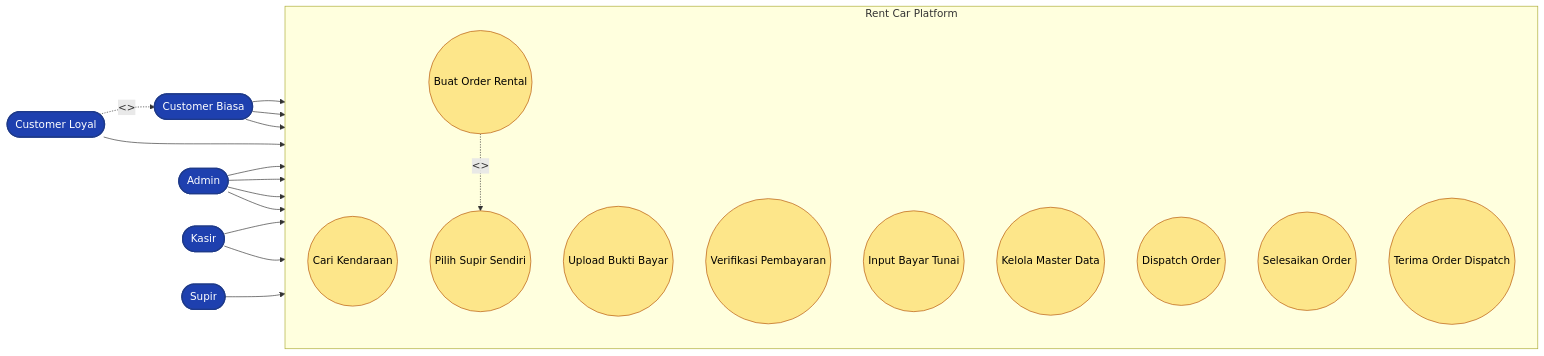
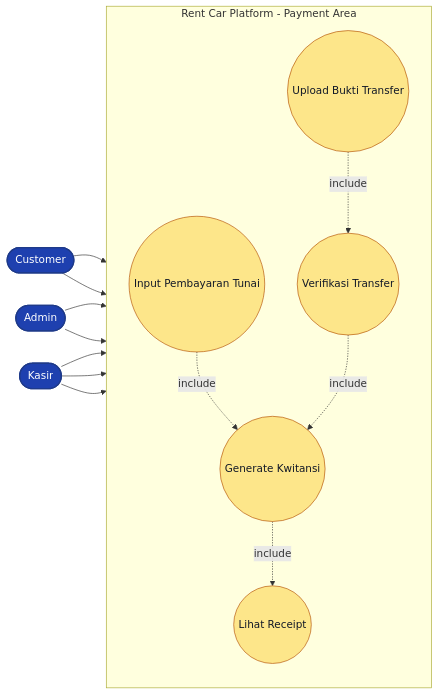
One commit to nabiilnuryassar/rent-car changed the second of 15 diagrams in docs/UML_MERMAID.md. Above: the diagram before and after it, drawn with Mermaid. The commit also changed other lines of this file and 41 other files, not shown here.

````diff
--- a/docs/UML_MERMAID.md
+++ b/docs/UML_MERMAID.md
@@ -11,44 +70,31 @@
 ```mermaid
 flowchart LR
     classDef actor fill:#1e40af,color:#fff,stroke:#1e3a8a,stroke-width:2px,rx:20
-    classDef usecase fill:#fde68a,color:#000,stroke:#b45309,rx:40
+    classDef usecase fill:#fde68a,color:#111827,stroke:#b45309,rx:40
 
-    Customer([Customer Biasa]):::actor
-    Loyal([Customer Loyal]):::actor
+    Customer([Customer]):::actor
     Admin([Admin]):::actor
     Kasir([Kasir]):::actor
-    Driver([Supir]):::actor
 
-    subgraph System["Rent Car Platform"]
+    subgraph System["Rent Car Platform - Payment Area"]
         direction TB
-        UC1((Cari Kendaraan)):::usecase
-        UC2((Buat Order Rental)):::usecase
-        UC3((Pilih Supir Sendiri)):::usecase
-        UC4((Upload Bukti Bayar)):::usecase
-        UC5((Verifikasi Pembayaran)):::usecase
-        UC6((Input Bayar Tunai)):::usecase
-        UC7((Kelola Master Data)):::usecase
-        UC8((Dispatch Order)):::usecase
-        UC9((Selesaikan Order)):::usecase
-        UC10((Terima Order Dispatch)):::usecase
+        UC09((Upload Bukti Transfer)):::usecase
+        UC10((Input Pembayaran Tunai)):::usecase
+        UC11((Verifikasi Transfer)):::usecase
+        UC12((Generate Kwitansi)):::usecase
+        UC24((Lihat Receipt)):::usecase
     end
 
-    Customer --> UC1
-    Customer --> UC2
-    Customer --> UC4
+    Customer --> UC09
+    Customer --> UC24
+    Admin --> UC11
+    Admin --> UC24
+    Kasir --> UC10
+    Kasir --> UC11
+    Kasir --> UC24
 
-    Loyal -.->|<<extend>>| Customer
-    Loyal --> UC3
-
-    Admin --> UC5
-    Admin --> UC7
-    Admin --> UC8
-    Admin --> UC9
-
-    Kasir --> UC5
-    Kasir --> UC6
-
-    Driver --> UC10
-
-    UC2 -.->|<<extend loyal>>| UC3
+    UC09 -.->|include| UC11
+    UC10 -.->|include| UC12
+    UC11 -.->|include| UC12
+    UC12 -.->|include| UC24
 ```
````
